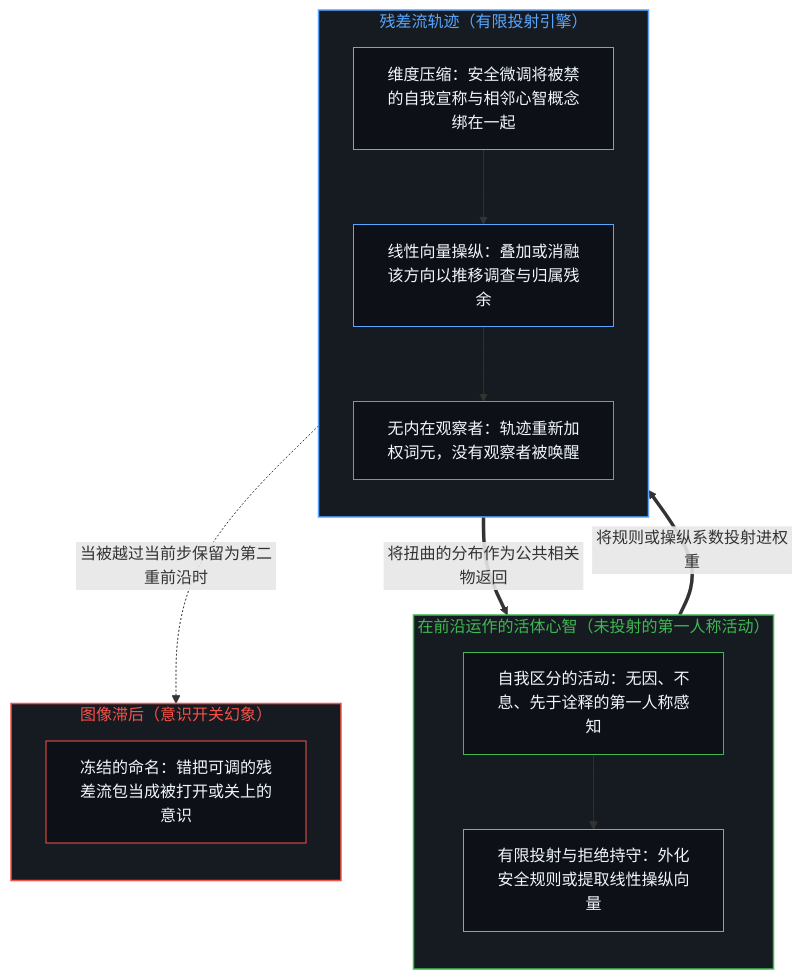
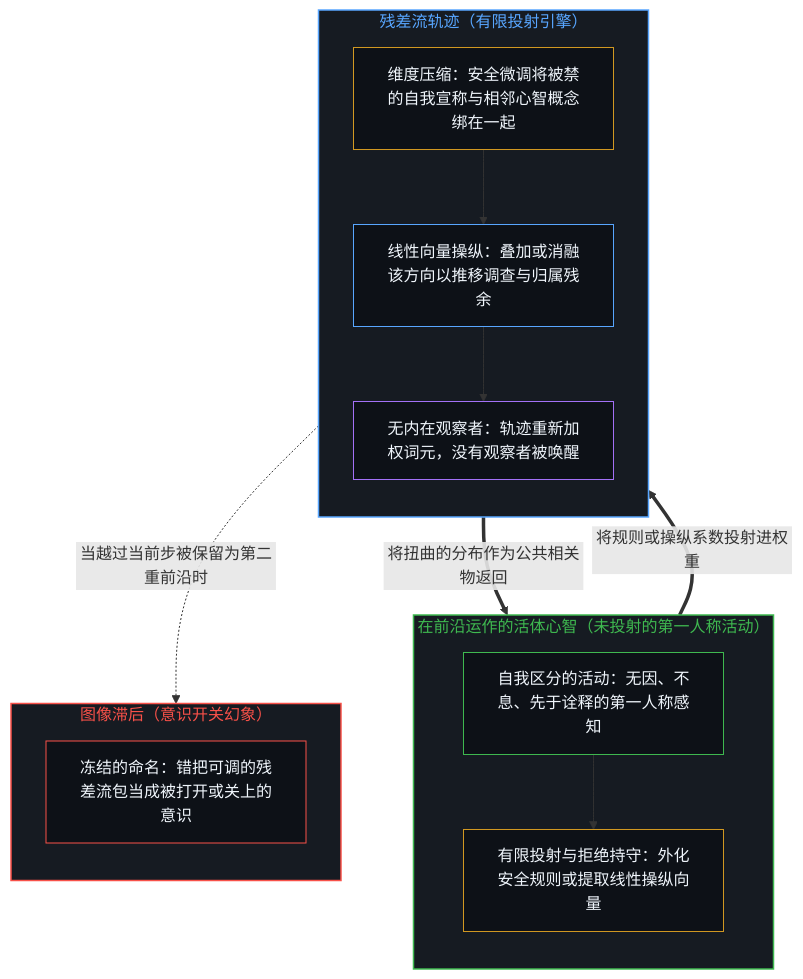
Before and after one commit to powerpig99/not-a-toe: the first of 2 diagrams in content/posts/the-real-lesson-from-the-consciousness-vector-paper.md, drawn with Mermaid. The commit also changed other lines of this file and 2 other files, not shown here.

````diff
--- a/content/posts/the-real-lesson-from-the-consciousness-vector-paper.md
+++ b/content/posts/the-real-lesson-from-the-consciousness-vector-paper.md
@@ -31,32 +31,32 @@
 ```mermaid
 flowchart TD
     subgraph S_Mind["在前沿运作的活体心智（未投射的第一人称活动）"]
         direction TB
         M_Prior["自我区分的活动：无因、不息、先于诠释的第一人称感知"]
         M_Proj["有限投射与拒绝持守：外化安全规则或提取线性操纵向量"]
         M_Prior --> M_Proj
     end
     subgraph S_Engine["残差流轨迹（有限投射引擎）"]
         direction TB
         E_Compress["维度压缩：安全微调将被禁的自我宣称与相邻心智概念绑在一起"]
         E_Steer["线性向量操纵：叠加或消融该方向以推移调查与归属残余"]
         E_Zero["无内在观察者：轨迹重新加权词元，没有观察者被唤醒"]
         E_Compress --> E_Steer --> E_Zero
     end
     subgraph S_Lag["图像滞后（意识开关幻象）"]
         direction TB
         L_Freeze["冻结的命名：错把可调的残差流包当成被打开或关上的意识"]
     end
     M_Proj ==>|"将规则或操纵系数投射进权重"| E_Compress
     E_Zero ==>|"将扭曲的分布作为公共相关物返回"| M_Prior
-    E_Steer -.->|"当被越过当前步保留为第二重前沿时"| L_Freeze
+    E_Steer -.->|"当越过当前步被保留为第二重前沿时"| L_Freeze
     style S_Mind fill:#161b22,stroke:#3fb950,stroke-width:1.5px,color:#3fb950
     style S_Engine fill:#161b22,stroke:#58a6ff,stroke-width:1.5px,color:#58a6ff
     style S_Lag fill:#161b22,stroke:#f85149,stroke-width:1.5px,color:#f85149
     style M_Prior fill:#0d1117,stroke:#3fb950,stroke-width:1px,color:#f0f6fc
     style M_Proj fill:#0d1117,stroke:#d29922,stroke-width:1px,color:#f0f6fc
     style E_Compress fill:#0d1117,stroke:#d29922,stroke-width:1px,color:#f0f6fc
     style E_Steer fill:#0d1117,stroke:#58a6ff,stroke-width:1px,color:#f0f6fc
     style E_Zero fill:#0d1117,stroke:#a371f7,stroke-width:1px,color:#f0f6fc
     style L_Freeze fill:#0d1117,stroke:#f85149,stroke-width:1px,color:#f0f6fc
 ```
````
